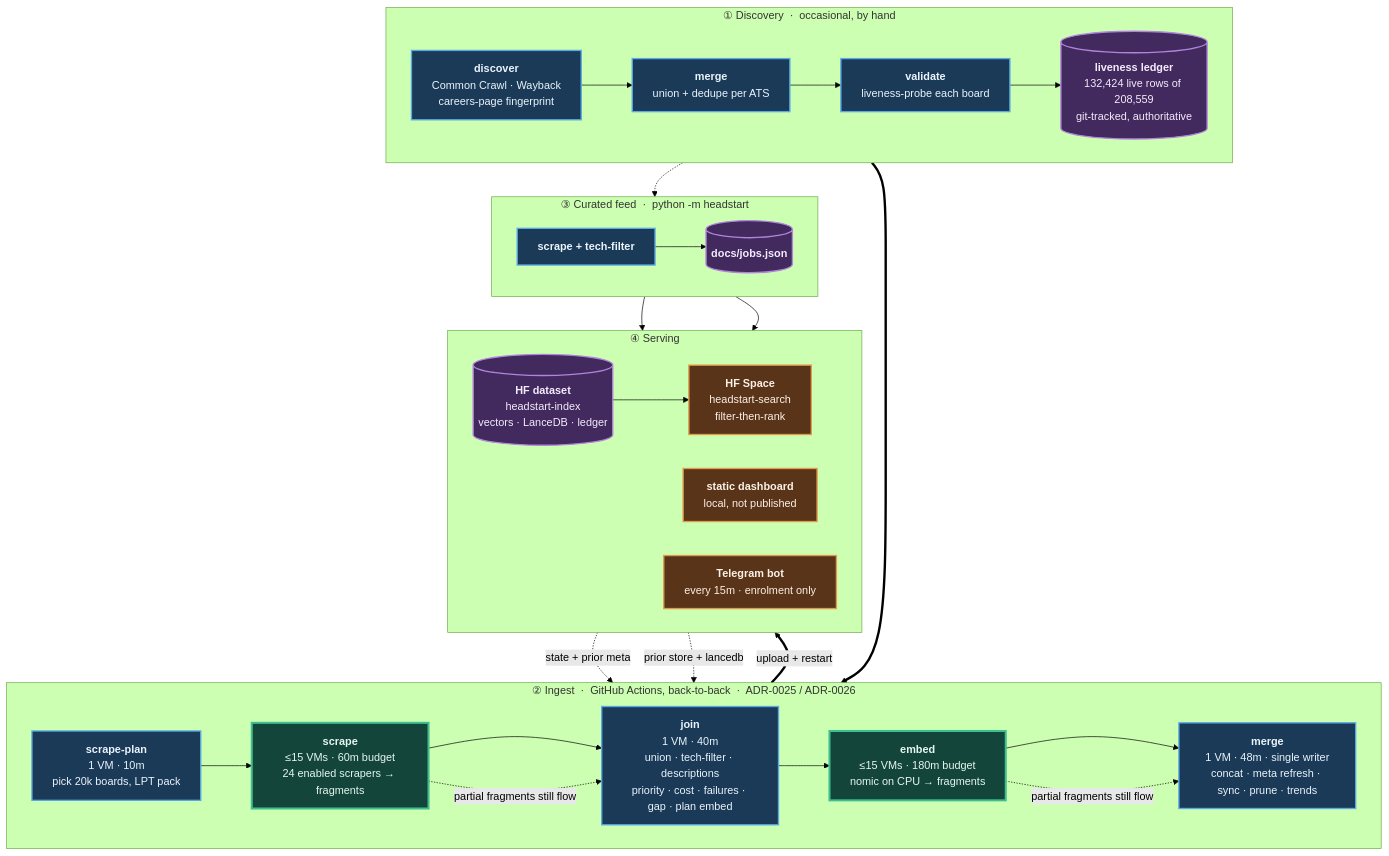
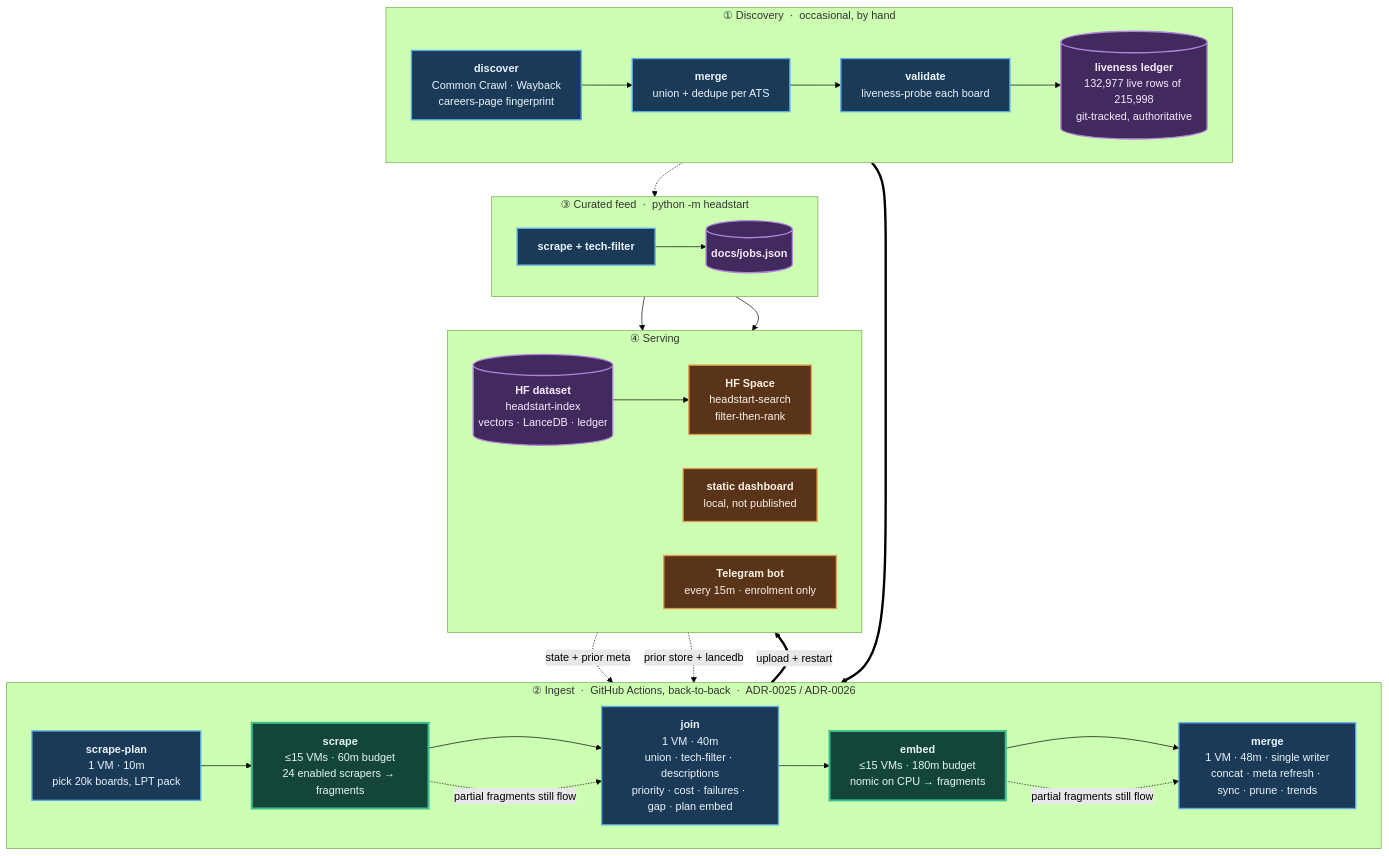
One commit to sarthakjain004/headstart changed the diagram in README.md. Above: the diagram before and after it, drawn with Mermaid (forest theme). The commit also changed other lines of this file and 7 other files, not shown here.

````diff
--- a/README.md
+++ b/README.md
@@ -84,56 +84,56 @@
 ```mermaid
 flowchart TB
     subgraph D["① Discovery &nbsp;·&nbsp; occasional, by hand"]
         direction LR
         D1["<b>discover</b><br/>Common Crawl · Wayback<br/>careers-page fingerprint"]
         D2["<b>merge</b><br/>union + dedupe per ATS"]
         D3["<b>validate</b><br/>liveness-probe each board"]
-        D4[("<b>liveness ledger</b><br/>132,424 live rows of 208,559<br/>git-tracked, authoritative")]
+        D4[("<b>liveness ledger</b><br/>132,977 live rows of 215,998<br/>git-tracked, authoritative")]
         D1 --> D2 --> D3 --> D4
     end
 
     subgraph P["② Ingest &nbsp;·&nbsp; GitHub Actions, back-to-back &nbsp;·&nbsp; ADR-0025 / ADR-0026"]
         direction LR
         P1["<b>scrape-plan</b><br/>1 VM · 10m<br/>pick 20k boards, LPT pack"]
         P2["<b>scrape</b><br/>≤15 VMs · 60m budget<br/>24 enabled scrapers → fragments"]
         P3["<b>join</b><br/>1 VM · 40m<br/>union · tech-filter · descriptions<br/>priority · cost · failures · gap · plan embed"]
         P4["<b>embed</b><br/>≤15 VMs · 180m budget<br/>nomic on CPU → fragments"]
         P5["<b>merge</b><br/>1 VM · 48m · single writer<br/>concat · meta refresh · sync · prune · trends"]
         P1 --> P2 --> P3 --> P4 --> P5
     end
 
     subgraph F["③ Curated feed &nbsp;·&nbsp; python -m headstart"]
         direction LR
         F1["<b>scrape + tech-filter</b>"]
         F2[("<b>docs/jobs.json</b>")]
         F1 --> F2
     end
 
     subgraph S["④ Serving"]
         direction LR
         S1[("<b>HF dataset</b><br/>headstart-index<br/>vectors · LanceDB · ledger")]
         S2["<b>HF Space</b><br/>headstart-search<br/>filter-then-rank"]
         S3["<b>static dashboard</b><br/>local, not published"]
         S4["<b>Telegram bot</b><br/>every 15m · enrolment only"]
         S1 --> S2
     end
 
     D4 ==> P1
     S1 -. "state + prior meta" .-> P1
     S1 -. "prior store + lancedb" .-> P5
     D4 -.-> F1
     P5 ==>|"upload + restart"| S1
     F2 --> S3
     F2 --> S4
     P2 -. "partial fragments still flow" .-> P3
     P4 -. "partial fragments still flow" .-> P5
 
     classDef serial fill:#1b3a57,stroke:#5aa9e6,stroke-width:2px,color:#eaf4fc
     classDef fan fill:#14453a,stroke:#3fbf8f,stroke-width:3px,color:#e4f7f0
     classDef store fill:#42295e,stroke:#b184dd,stroke-width:2px,color:#f4ecfc
     classDef serve fill:#5a3418,stroke:#e09a4f,stroke-width:2px,color:#fbf1e6
     class D1,D2,D3,P1,P3,P5,F1 serial
     class P2,P4 fan
     class D4,F2,S1 store
     class S2,S3,S4 serve
 ```
````
